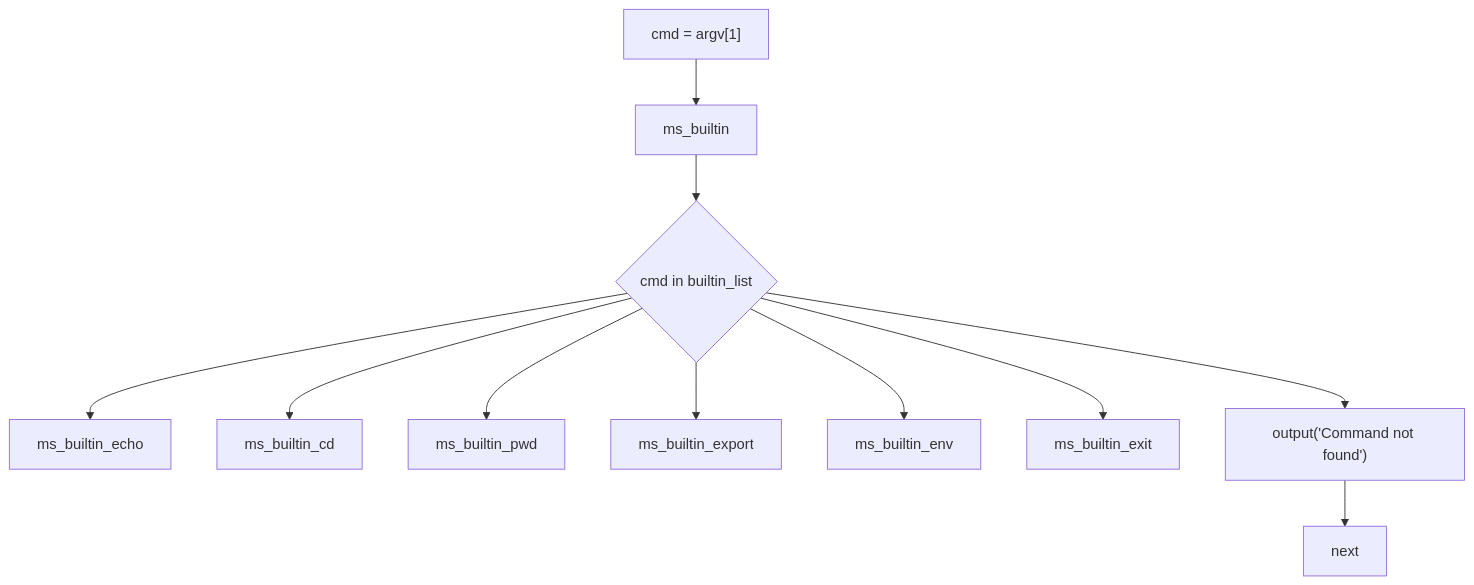
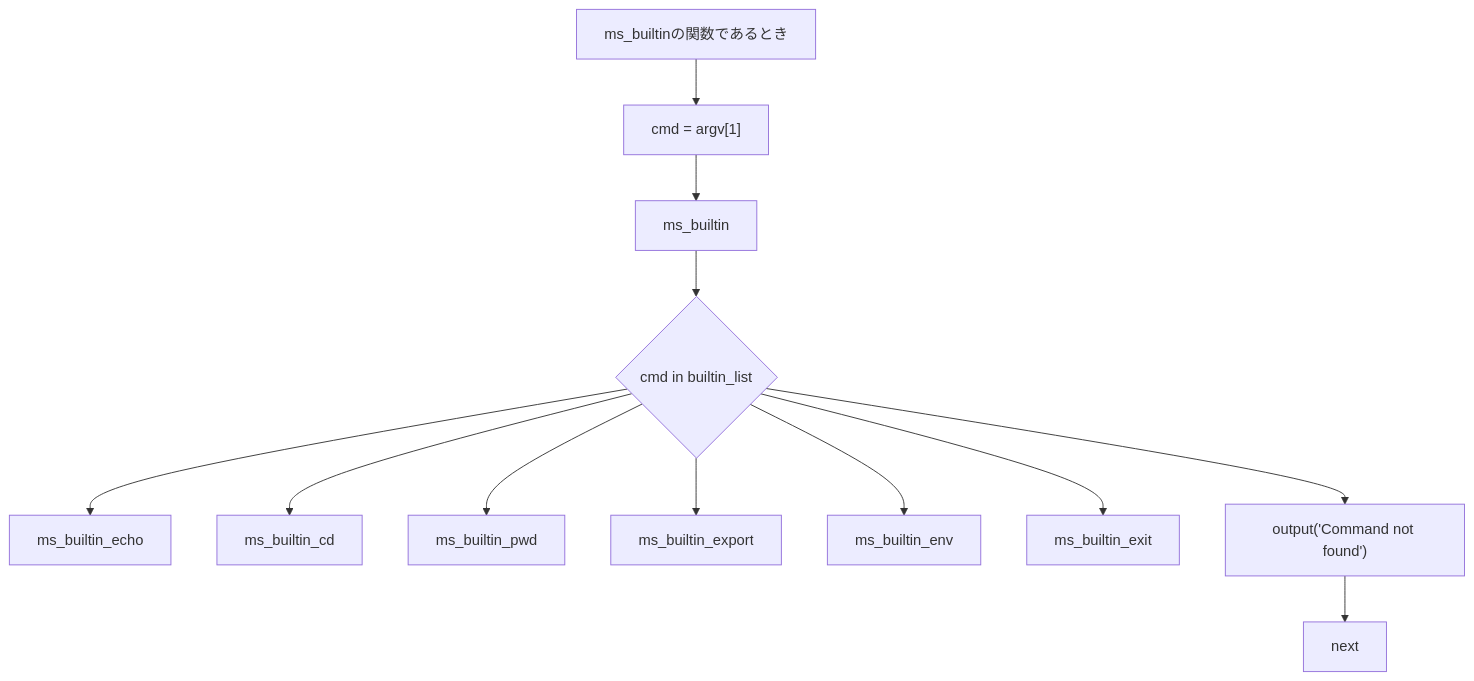
One commit to PalmNeko/minishell changed the diagram in docs/ms_builtin/ms_builtin_design.md. Above: the diagram before and after it, drawn with Mermaid. The commit also changed other lines of this file, not shown here.

````diff
--- a/docs/ms_builtin/ms_builtin_design.md
+++ b/docs/ms_builtin/ms_builtin_design.md
@@ -17,24 +22,25 @@
 ```mermaid
 flowchart
+AA[ms_builtinの関数であるとき]
 A[ms_builtin]
 B[ms_builtin_echo]
 C[ms_builtin_cd]
 D[ms_builtin_pwd]
 E[ms_builtin_export]
 F[ms_builtin_env]
 G[ms_builtin_exit]
 
 H["cmd = argv[1]"]
 I{cmd in builtin_list}
 J["output('Command not found')"]
 K["next"]
 
-H --> A --> I
+AA --> H --> A --> I
 I --> B
 I --> C
 I --> D
 I --> E
 I --> F
 I --> G
 I --> J --> K
 ```
````
